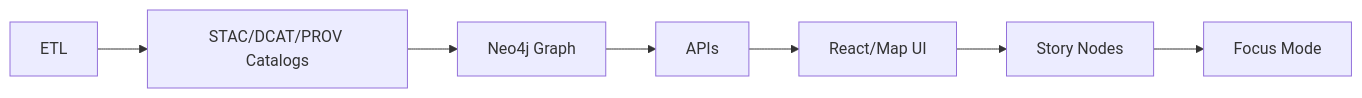
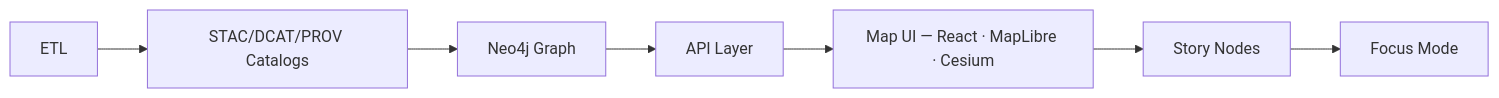
The first of 2 diagrams in README.md (bartytime4life/Kansas-Frontier-Matrix), drawn with Mermaid before and after one commit. The commit also changed other lines of this file, not shown here.

```diff
--- a/README.md
+++ b/README.md
@@ -199,9 +227,9 @@
 ~~~mermaid
 flowchart LR
   A[ETL] --> B[STAC/DCAT/PROV Catalogs]
   B --> C[Neo4j Graph]
-  C --> D[APIs]
-  D --> E[React/Map UI]
+  C --> D[API Layer]
+  D --> E[Map UI — React · MapLibre · Cesium]
   E --> F[Story Nodes]
   F --> G[Focus Mode]
 ~~~
```
